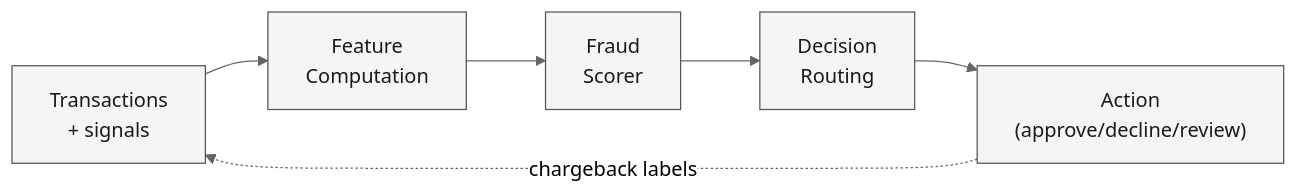
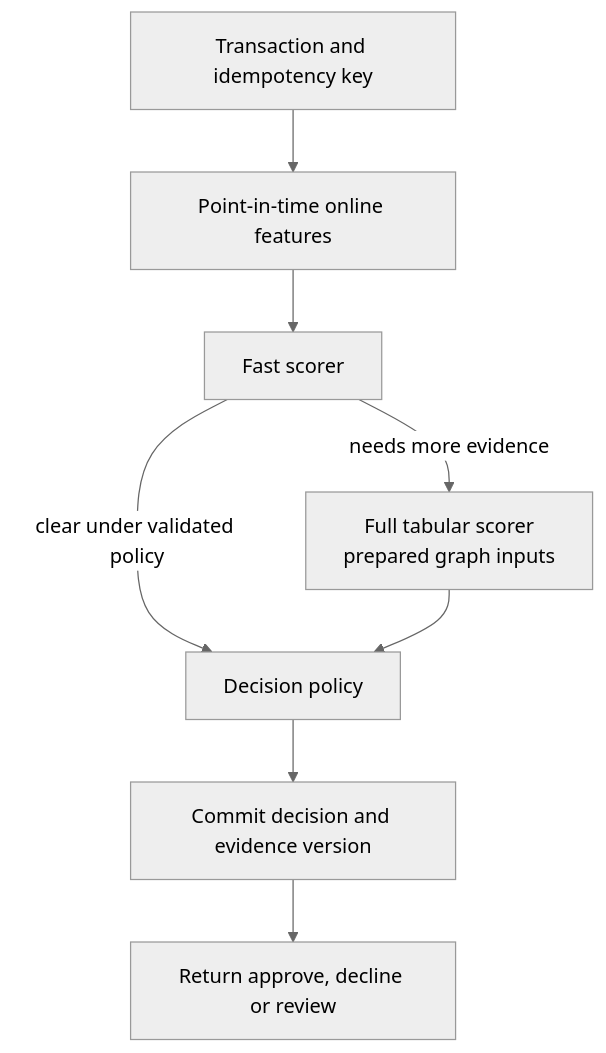
One commit to iliazlobin/iliazlobin.github.io changed the second of 3 diagrams in _designs/system-design-ml-fraud-detection.md. Above: the diagram before and after it, drawn with Mermaid (neutral theme). The commit also changed other lines of this file and 95 other files, not shown here.

````diff
--- a/_designs/system-design-ml-fraud-detection.md
+++ b/_designs/system-design-ml-fraud-detection.md
@@ -23,11 +188,10 @@
 ```mermaid
-graph LR
-    T["Transactions<br/>+ signals"] --> FE["Feature<br/>Computation"]
-    FE --> S["Fraud<br/>Scorer"]
-    S --> D["Decision<br/>Routing"]
-    D --> A["Action<br/>(approve/decline/review)"]
-    A -.->|"chargeback labels"| T
-
-    classDef light fill:#F5F5F5,stroke:#555,color:#1A1A1A
-    class T,FE,S,D,A light
+flowchart TB
+    T["Transaction and idempotency key"] --> F["Point-in-time online features"]
+    F --> S["Fast scorer"]
+    S -->|clear under validated policy| D["Decision policy"]
+    S -->|needs more evidence| M["Full tabular scorer<br>prepared graph inputs"]
+    M --> D
+    D --> P["Commit decision and evidence version"]
+    P --> R["Return approve, decline or review"]
 ```
````
